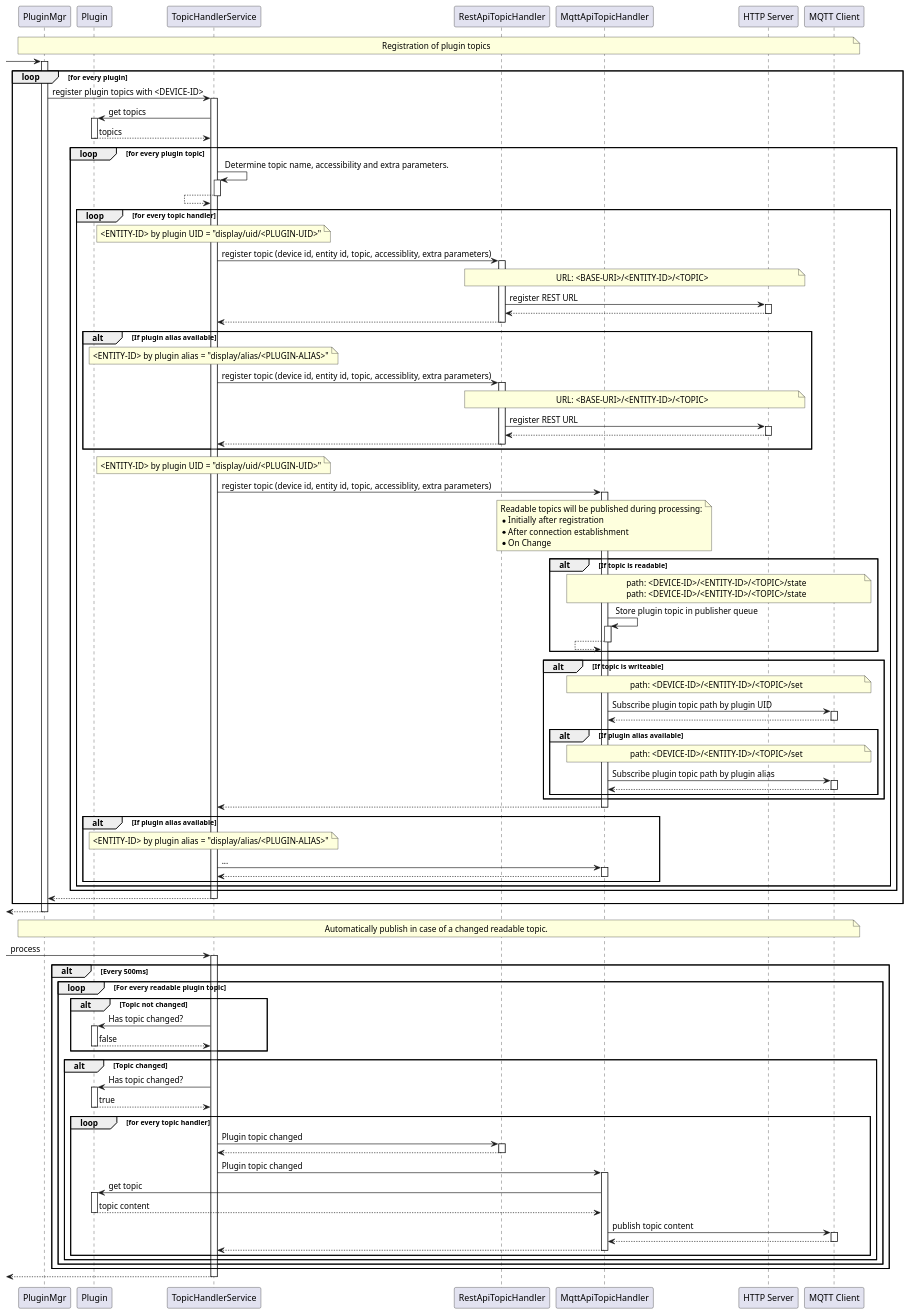
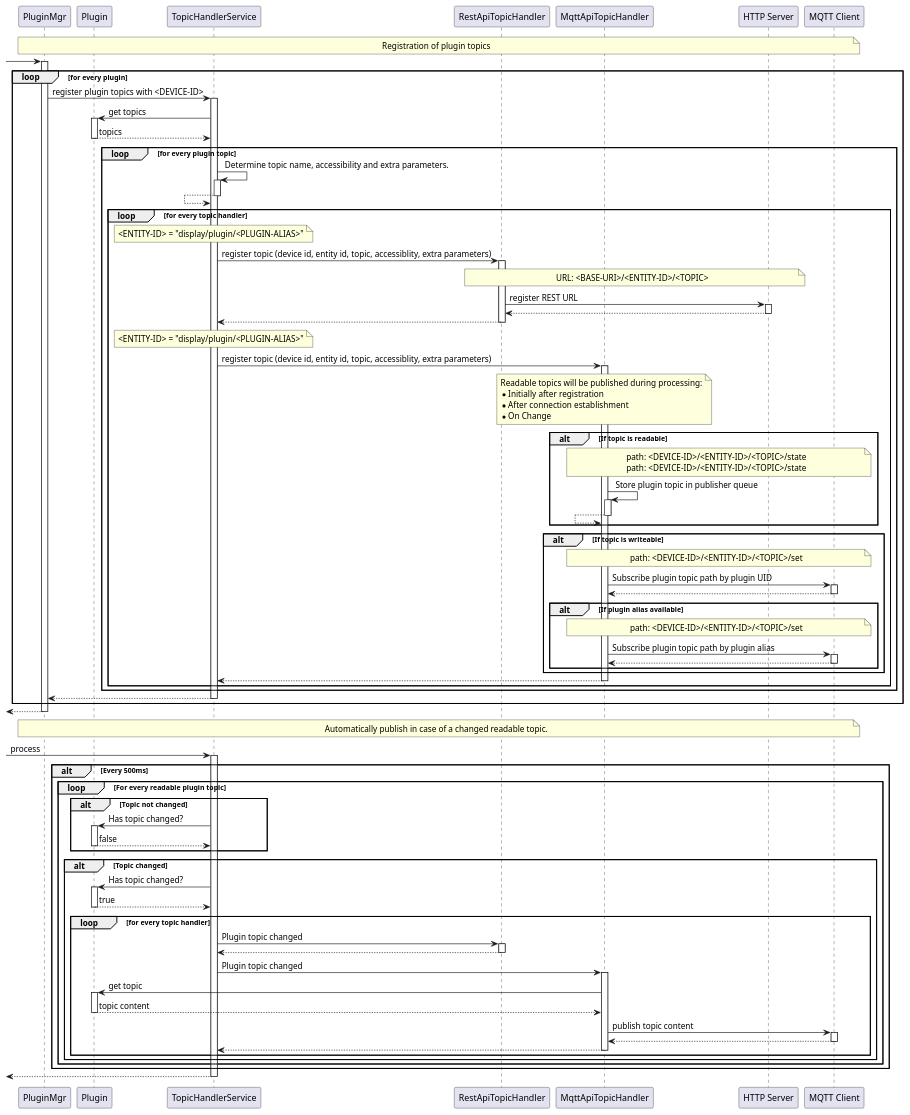
The diagram in doc/architecture/uml/topic_handler_service.wsd (BlueAndi/Pixelix), drawn with PlantUML before and after one commit. The commit also changed 10 other files, not shown here.

First line of the commit message:
Documentation follows the single plugin topic path.

```diff
--- a/doc/architecture/uml/topic_handler_service.wsd
+++ b/doc/architecture/uml/topic_handler_service.wsd
@@ -1,180 +1,150 @@
 @startuml topic_handler_service
 
 
 participant "PluginMgr" as pluginMgr
 participant "Plugin" as plugin
 participant "TopicHandlerService" as topicHandlerService
 participant "RestApiTopicHandler" as restApiTopicHandler
 participant "MqttApiTopicHandler" as mqttApiTopicHandler
 participant "HTTP Server" as httpServer
 participant "MQTT Client" as mqttClient
 
 autoactivate on
 
 note over pluginMgr,mqttClient
     Registration of plugin topics
 end note
 
 -> pluginMgr
 
 loop for every plugin
     pluginMgr -> topicHandlerService: register plugin topics with <DEVICE-ID>
 
         topicHandlerService -> plugin: get topics
         topicHandlerService <-- plugin: topics
 
         loop for every plugin topic
 
             topicHandlerService -> topicHandlerService: Determine topic name, accessibility and extra parameters.
             topicHandlerService <-- topicHandlerService
 
             loop for every topic handler
 
                 note over topicHandlerService
-                    <ENTITY-ID> by plugin UID = "display/uid/<PLUGIN-UID>"
+                    <ENTITY-ID> = "display/plugin/<PLUGIN-ALIAS>"
                 end note
 
                 topicHandlerService -> restApiTopicHandler: register topic (device id, entity id, topic, accessiblity, extra parameters)
 
                     note over restApiTopicHandler,httpServer
                         URL: <BASE-URI>/<ENTITY-ID>/<TOPIC>
                     end note
 
                     restApiTopicHandler -> httpServer: register REST URL
                     restApiTopicHandler <-- httpServer
 
                 topicHandlerService <-- restApiTopicHandler
 
-                alt If plugin alias available
-
-                    note over topicHandlerService
-                        <ENTITY-ID> by plugin alias = "display/alias/<PLUGIN-ALIAS>"
-                    end note
-
-                    topicHandlerService -> restApiTopicHandler: register topic (device id, entity id, topic, accessiblity, extra parameters)
-
-                        note over restApiTopicHandler,httpServer
-                            URL: <BASE-URI>/<ENTITY-ID>/<TOPIC>
-                        end note
-
-                        restApiTopicHandler -> httpServer: register REST URL
-                        restApiTopicHandler <-- httpServer
-
-                    topicHandlerService <-- restApiTopicHandler
-
-                end alt
-
                 note over topicHandlerService
-                    <ENTITY-ID> by plugin UID = "display/uid/<PLUGIN-UID>"
+                    <ENTITY-ID> = "display/plugin/<PLUGIN-ALIAS>"
                 end note
 
                 topicHandlerService -> mqttApiTopicHandler: register topic (device id, entity id, topic, accessiblity, extra parameters)
 
                     note over mqttApiTopicHandler
                         Readable topics will be published during processing:
                         * Initially after registration
                         * After connection establishment
                         * On Change
                     end note
 
                     alt If topic is readable
 
                         note over mqttApiTopicHandler,mqttClient
                             path: <DEVICE-ID>/<ENTITY-ID>/<TOPIC>/state
                             path: <DEVICE-ID>/<ENTITY-ID>/<TOPIC>/state
                         end note
 
                         mqttApiTopicHandler -> mqttApiTopicHandler: Store plugin topic in publisher queue
                         mqttApiTopicHandler <-- mqttApiTopicHandler
 
                     end alt
 
                     alt If topic is writeable
 
                         note over mqttApiTopicHandler,mqttClient
                             path: <DEVICE-ID>/<ENTITY-ID>/<TOPIC>/set
                         end note
 
                         mqttApiTopicHandler -> mqttClient: Subscribe plugin topic path by plugin UID
                         mqttApiTopicHandler <-- mqttClient
 
                         alt If plugin alias available
 
                             note over mqttApiTopicHandler,mqttClient
                                 path: <DEVICE-ID>/<ENTITY-ID>/<TOPIC>/set
                             end note
 
                             mqttApiTopicHandler -> mqttClient: Subscribe plugin topic path by plugin alias
                             mqttApiTopicHandler <-- mqttClient
 
                         end alt
 
                     end alt
 
                 topicHandlerService <-- mqttApiTopicHandler
-
-                alt If plugin alias available
-
-                    note over topicHandlerService
-                        <ENTITY-ID> by plugin alias = "display/alias/<PLUGIN-ALIAS>"
-                    end note
-
-                    topicHandlerService -> mqttApiTopicHandler: ...
-                    topicHandlerService <-- mqttApiTopicHandler
-
-                end alt
 
             end loop
 
         end loop
 
     pluginMgr <-- topicHandlerService
 end loop
 
 <-- pluginMgr
 
 note over pluginMgr,mqttClient
     Automatically publish in case of a changed readable topic.
 end note
 
 -> topicHandlerService: process
 
     alt Every 500ms
 
         loop For every readable plugin topic
 
             alt Topic not changed
                 topicHandlerService -> plugin: Has topic changed?
                 topicHandlerService <-- plugin: false
             end alt
 
             alt Topic changed
                 topicHandlerService -> plugin: Has topic changed?
                 topicHandlerService <-- plugin: true
 
                 loop for every topic handler
 
                     topicHandlerService -> restApiTopicHandler: Plugin topic changed
                     topicHandlerService <-- restApiTopicHandler
 
                     topicHandlerService -> mqttApiTopicHandler: Plugin topic changed
 
                         mqttApiTopicHandler -> plugin: get topic
                         mqttApiTopicHandler <-- plugin: topic content
 
                         mqttApiTopicHandler -> mqttClient: publish topic content
                         mqttApiTopicHandler <-- mqttClient
 
                     topicHandlerService <-- mqttApiTopicHandler
 
                 end loop
 
             end alt
 
         end loop
 
     end alt
 
 <-- topicHandlerService
 
 @enduml
```
